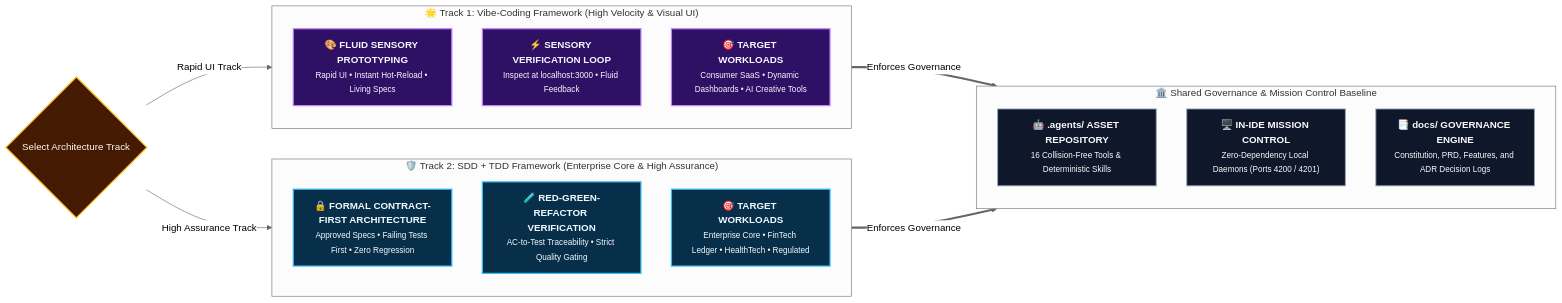
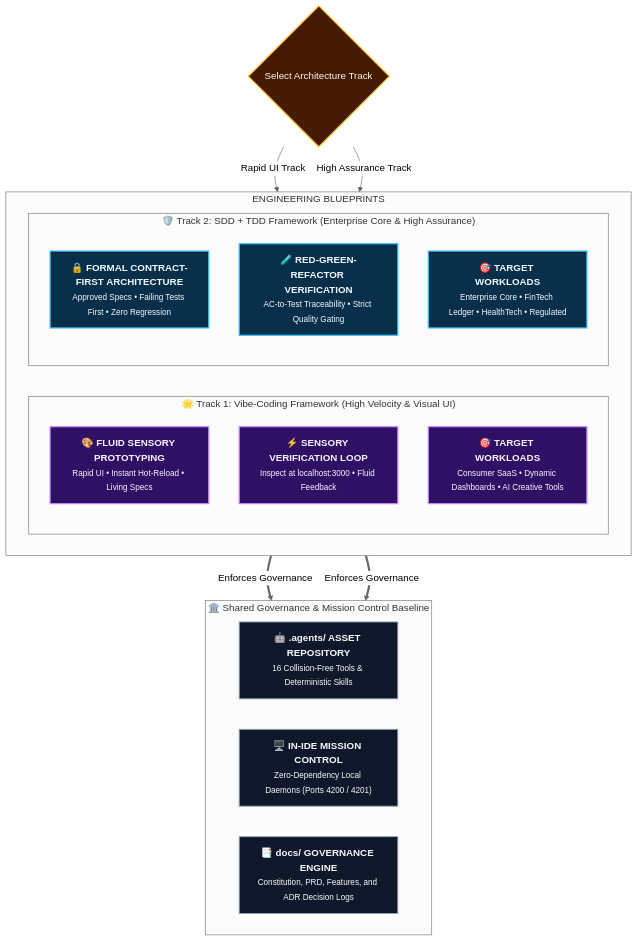
One commit to rmsofficialsyt/Agentic-AI-Vibe-Coding-AND-SDD-TDD-Codebase-Chandan-Adhikary changed the first of 6 diagrams in README.md. Above: the diagram before and after it, drawn with Mermaid (neutral theme). The commit also changed other lines of this file and 20 other files, not shown here.

Commit message:
docs: resolve diagram shrinkage by configuring top-level flowchart TB with nested direction LR rows

````diff
--- a/README.md
+++ b/README.md
@@ -25,33 +25,37 @@
 ```mermaid
-flowchart LR
+flowchart TB
     classDef gate fill:#451a03,stroke:#fbbf24,stroke-width:2px,color:#fffbeb;
     classDef vibe fill:#2e1065,stroke:#c084fc,stroke-width:2px,color:#faf5ff;
     classDef sdd fill:#082f49,stroke:#38bdf8,stroke-width:2px,color:#f0f9ff;
     classDef core fill:#0f172a,stroke:#94a3b8,stroke-width:1.5px,color:#f8fafc;
 
     Choice{"Select Architecture Track"}:::gate
 
-    subgraph Track1 ["🌟 Track 1: Vibe-Coding Framework (High Velocity & Visual UI)"]
-        VibeCore["<b>🎨 FLUID SENSORY PROTOTYPING</b><br/><small>Rapid UI • Instant Hot-Reload • Living Specs</small>"]:::vibe
-        VibeSpeed["<b>⚡ SENSORY VERIFICATION LOOP</b><br/><small>Inspect at localhost:3000 • Fluid Feedback</small>"]:::vibe
-        VibeScope["<b>🎯 TARGET WORKLOADS</b><br/><small>Consumer SaaS • Dynamic Dashboards • AI Creative Tools</small>"]:::vibe
-    end
+    subgraph Tracks ["ENGINEERING BLUEPRINTS"]
+        direction LR
+        subgraph Track1 ["🌟 Track 1: Vibe-Coding Framework (High Velocity & Visual UI)"]
+            VibeCore["<b>🎨 FLUID SENSORY PROTOTYPING</b><br/><small>Rapid UI • Instant Hot-Reload • Living Specs</small>"]:::vibe
+            VibeSpeed["<b>⚡ SENSORY VERIFICATION LOOP</b><br/><small>Inspect at localhost:3000 • Fluid Feedback</small>"]:::vibe
+            VibeScope["<b>🎯 TARGET WORKLOADS</b><br/><small>Consumer SaaS • Dynamic Dashboards • AI Creative Tools</small>"]:::vibe
+        end
 
-    subgraph Track2 ["🛡️ Track 2: SDD + TDD Framework (Enterprise Core & High Assurance)"]
-        SDDCore["<b>🔒 FORMAL CONTRACT-FIRST ARCHITECTURE</b><br/><small>Approved Specs • Failing Tests First • Zero Regression</small>"]:::sdd
-        SDDRigor["<b>🧪 RED-GREEN-REFACTOR VERIFICATION</b><br/><small>AC-to-Test Traceability • Strict Quality Gating</small>"]:::sdd
-        SDDBestFor["<b>🎯 TARGET WORKLOADS</b><br/><small>Enterprise Core • FinTech Ledger • HealthTech • Regulated</small>"]:::sdd
+        subgraph Track2 ["🛡️ Track 2: SDD + TDD Framework (Enterprise Core & High Assurance)"]
+            SDDCore["<b>🔒 FORMAL CONTRACT-FIRST ARCHITECTURE</b><br/><small>Approved Specs • Failing Tests First • Zero Regression</small>"]:::sdd
+            SDDRigor["<b>🧪 RED-GREEN-REFACTOR VERIFICATION</b><br/><small>AC-to-Test Traceability • Strict Quality Gating</small>"]:::sdd
+            SDDBestFor["<b>🎯 TARGET WORKLOADS</b><br/><small>Enterprise Core • FinTech Ledger • HealthTech • Regulated</small>"]:::sdd
+        end
     end
 
     subgraph SharedCore ["🏛️ Shared Governance & Mission Control Baseline"]
+        direction LR
         AgentEngine["<b>🤖 .agents/ ASSET REPOSITORY</b><br/><small>16 Collision-Free Tools & Deterministic Skills</small>"]:::core
         DashboardEngine["<b>🖥️ IN-IDE MISSION CONTROL</b><br/><small>Zero-Dependency Local Daemons (Ports 4200 / 4201)</small>"]:::core
         DocGovernance["<b>📑 docs/ GOVERNANCE ENGINE</b><br/><small>Constitution, PRD, Features, and ADR Decision Logs</small>"]:::core
     end
 
     Choice -->|"Rapid UI Track"| Track1
     Choice -->|"High Assurance Track"| Track2
 
     Track1 ==>|"Enforces Governance"| SharedCore
     Track2 ==>|"Enforces Governance"| SharedCore
 ```
````
